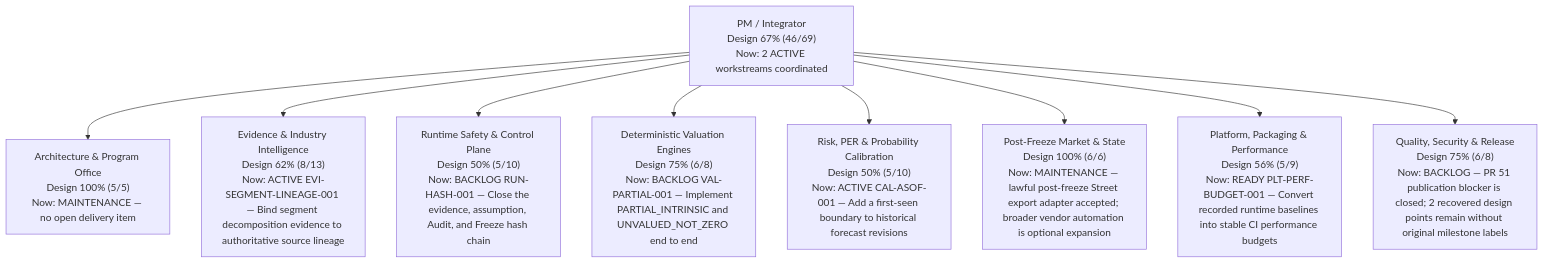
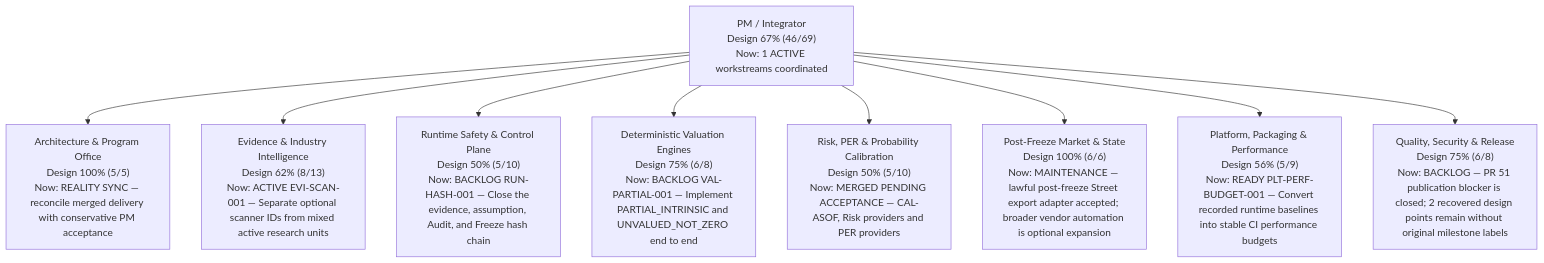
One commit to newwonwoo/valuation changed the diagram in PROJECT_STATUS.md. Above: the diagram before and after it, drawn with Mermaid. The commit also changed other lines of this file, not shown here.

````diff
--- a/PROJECT_STATUS.md
+++ b/PROJECT_STATUS.md
@@ -17,12 +24,12 @@
 ```mermaid
 flowchart TB
-  PM["PM / Integrator<br/>Design 67% (46/69)<br/>Now: 2 ACTIVE workstreams coordinated"]
-  PM --> PMO["Architecture & Program Office<br/>Design 100% (5/5)<br/>Now: MAINTENANCE — no open delivery item"]
-  PM --> EVIDENCE["Evidence & Industry Intelligence<br/>Design 62% (8/13)<br/>Now: ACTIVE EVI-SEGMENT-LINEAGE-001 — Bind segment decomposition evidence to authoritative source lineage"]
+  PM["PM / Integrator<br/>Design 67% (46/69)<br/>Now: 1 ACTIVE workstreams coordinated"]
+  PM --> PMO["Architecture & Program Office<br/>Design 100% (5/5)<br/>Now: REALITY SYNC — reconcile merged delivery with conservative PM acceptance"]
+  PM --> EVIDENCE["Evidence & Industry Intelligence<br/>Design 62% (8/13)<br/>Now: ACTIVE EVI-SCAN-001 — Separate optional scanner IDs from mixed active research units"]
   PM --> RUNTIME["Runtime Safety & Control Plane<br/>Design 50% (5/10)<br/>Now: BACKLOG RUN-HASH-001 — Close the evidence, assumption, Audit, and Freeze hash chain"]
   PM --> VALUATION["Deterministic Valuation Engines<br/>Design 75% (6/8)<br/>Now: BACKLOG VAL-PARTIAL-001 — Implement PARTIAL_INTRINSIC and UNVALUED_NOT_ZERO end to end"]
-  PM --> CALIBRATION["Risk, PER & Probability Calibration<br/>Design 50% (5/10)<br/>Now: ACTIVE CAL-ASOF-001 — Add a first-seen boundary to historical forecast revisions"]
+  PM --> CALIBRATION["Risk, PER & Probability Calibration<br/>Design 50% (5/10)<br/>Now: MERGED PENDING ACCEPTANCE — CAL-ASOF, Risk providers and PER providers"]
   PM --> POST_FREEZE["Post-Freeze Market & State<br/>Design 100% (6/6)<br/>Now: MAINTENANCE — lawful post-freeze Street export adapter accepted; broader vendor automation is optional expansion"]
   PM --> PLATFORM["Platform, Packaging & Performance<br/>Design 56% (5/9)<br/>Now: READY PLT-PERF-BUDGET-001 — Convert recorded runtime baselines into stable CI performance budgets"]
   PM --> QA_RELEASE["Quality, Security & Release<br/>Design 75% (6/8)<br/>Now: BACKLOG — PR 51 publication blocker is closed; 2 recovered design points remain without original milestone labels"]
 ```
````
